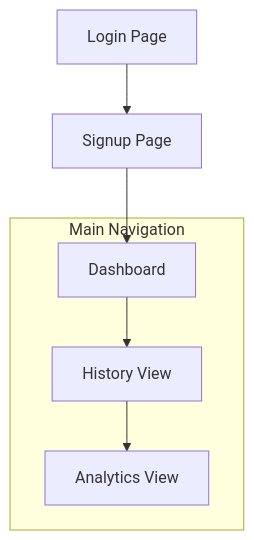
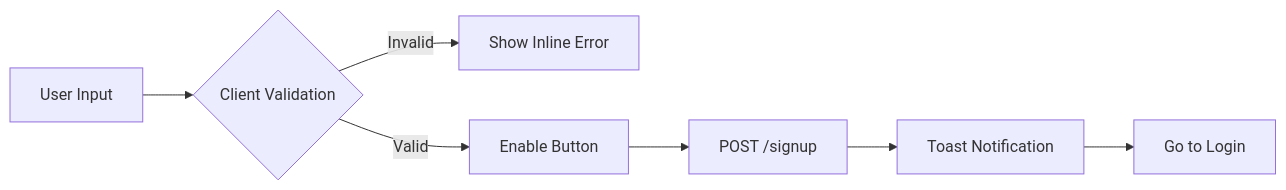
One commit to abhijeet-hudda/Focus-and-Habit-Tracker changed the third of 6 diagrams in wireframe.md. Above: the diagram before and after it, drawn with Mermaid. The commit also changed other lines of this file, not shown here.

Commit message:
add wireframe and flowcharts

````diff
--- a/wireframe.md
+++ b/wireframe.md
@@ -54,12 +95,10 @@
 ```mermaid
-flowchart TD
-  L[Login Page] --> S[Signup Page]
-  S --> D[Dashboard]
-  D --> H[History View]
-  H --> A[Analytics View]
-  subgraph Main Navigation
-    D
-    H
-    A
-  end
+flowchart LR
+    Input[User Input] --> Validate{Client Validation}
+    Validate -- Invalid --> Error[Show Inline Error]
+    Validate -- Valid --> Submit[Enable Button]
+    Submit --> API[POST /signup]
+    API --> Success[Toast Notification]
+    Success --> Redirect[Go to Login]
+
 ```
````
